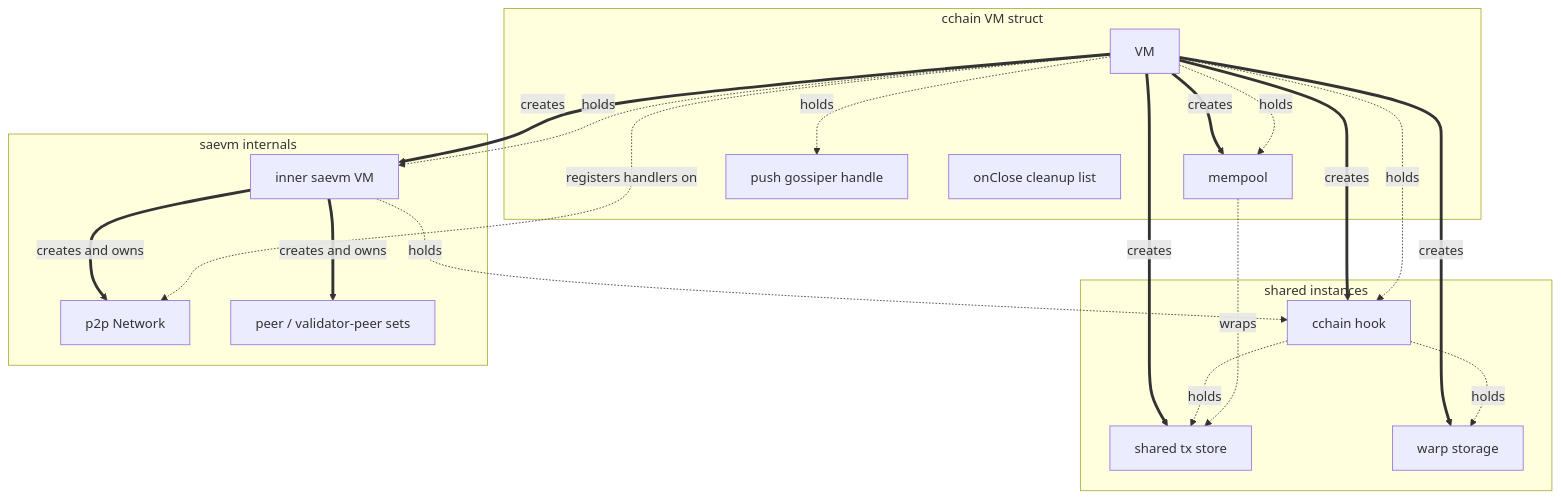
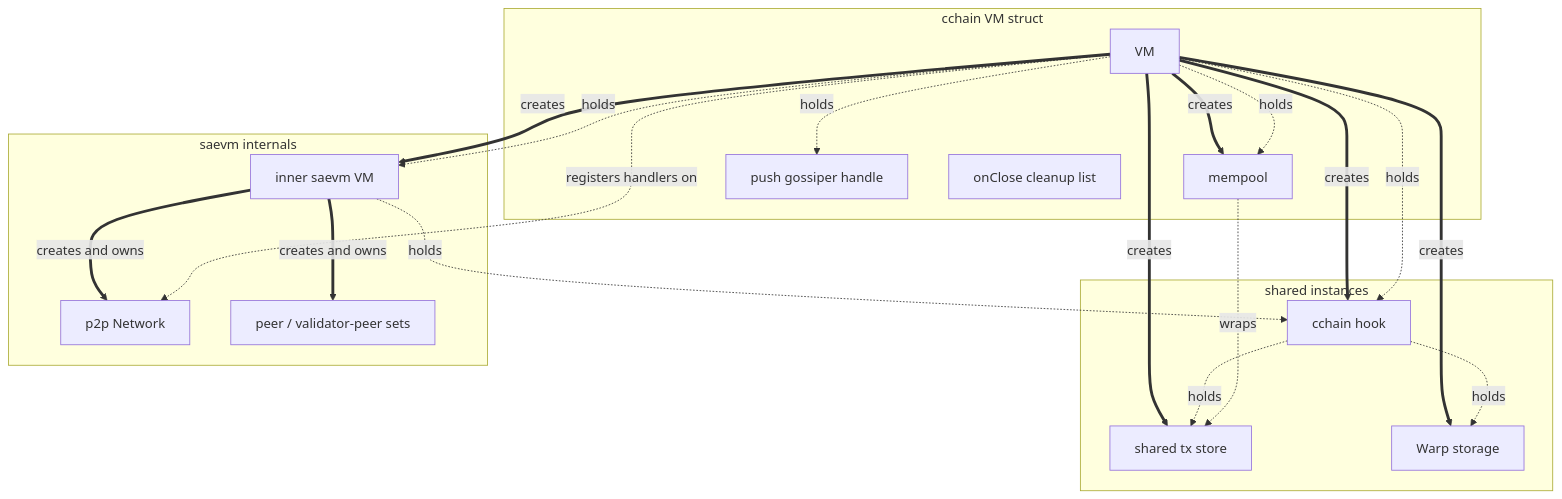
One commit to ava-labs/avalanchego changed the fifth of 5 diagrams in vms/saevm/cchain/README.md. Above: the diagram before and after it, drawn with Mermaid. The commit also changed other lines of this file, not shown here.

````diff
--- a/vms/saevm/cchain/README.md
+++ b/vms/saevm/cchain/README.md
@@ -173,40 +173,40 @@
 ```mermaid
 flowchart TB
     subgraph shared["shared instances"]
         txsstore["shared tx store"]
-        warpstore["warp storage"]
+        warpstore["Warp storage"]
         hookpoints["cchain hook"]
     end
 
     subgraph cchainvm["cchain VM struct"]
         cvm["VM"]
         mempool["mempool"]
         pushg["push gossiper handle"]
         onclose["onClose cleanup list"]
     end
 
     subgraph saeinternals["saevm internals"]
         innersae["inner saevm VM"]
         net["p2p Network"]
         peers["peer / validator-peer sets"]
     end
 
     cvm ==>|creates| txsstore
     cvm ==>|creates| warpstore
     cvm ==>|creates| hookpoints
     cvm ==>|creates| innersae
     cvm ==>|creates| mempool
 
     hookpoints -. holds .-> txsstore
     hookpoints -. holds .-> warpstore
     mempool -. wraps .-> txsstore
     innersae -. holds .-> hookpoints
     innersae ==>|creates and owns| net
     innersae ==>|creates and owns| peers
 
     cvm -. registers handlers on .-> net
     cvm -. holds .-> innersae
     cvm -. holds .-> hookpoints
     cvm -. holds .-> mempool
     cvm -. holds .-> pushg
 ```
````
